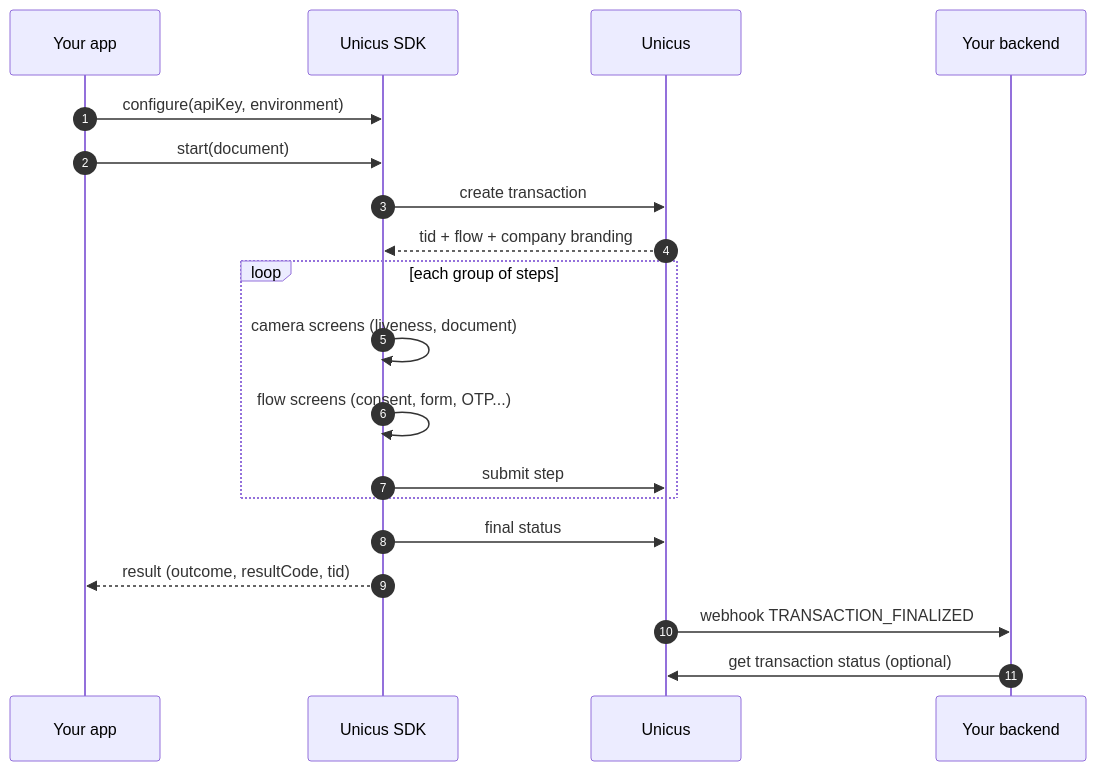
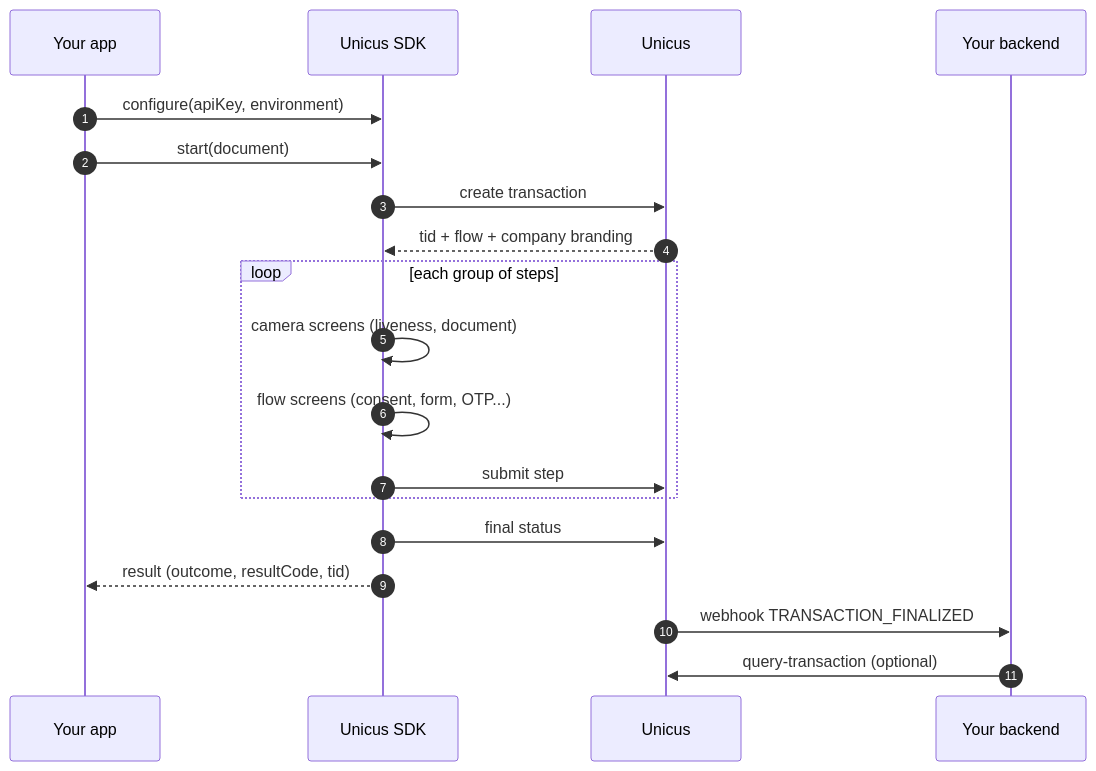
One commit to tekbees/unicus-docs changed the diagram in unicus/mobile-sdk/overview.md. Above: the diagram before and after it, drawn with Mermaid. The commit also changed other lines of this file and 15 other files, not shown here.

````diff
--- a/unicus/mobile-sdk/overview.md
+++ b/unicus/mobile-sdk/overview.md
@@ -28,21 +28,21 @@
 ```mermaid
 sequenceDiagram
   autonumber
   participant A as Your app
   participant K as Unicus SDK
   participant U as Unicus
   participant S as Your backend
   A->>K: configure(apiKey, environment)
   A->>K: start(document)
   K->>U: create transaction
   U-->>K: tid + flow + company branding
   loop each group of steps
     K->>K: camera screens (liveness, document)
     K->>K: flow screens (consent, form, OTP...)
     K->>U: submit step
   end
   K->>U: final status
   K-->>A: result (outcome, resultCode, tid)
   U->>S: webhook TRANSACTION_FINALIZED
-  S->>U: get transaction status (optional)
+  S->>U: query-transaction (optional)
 ```
````
